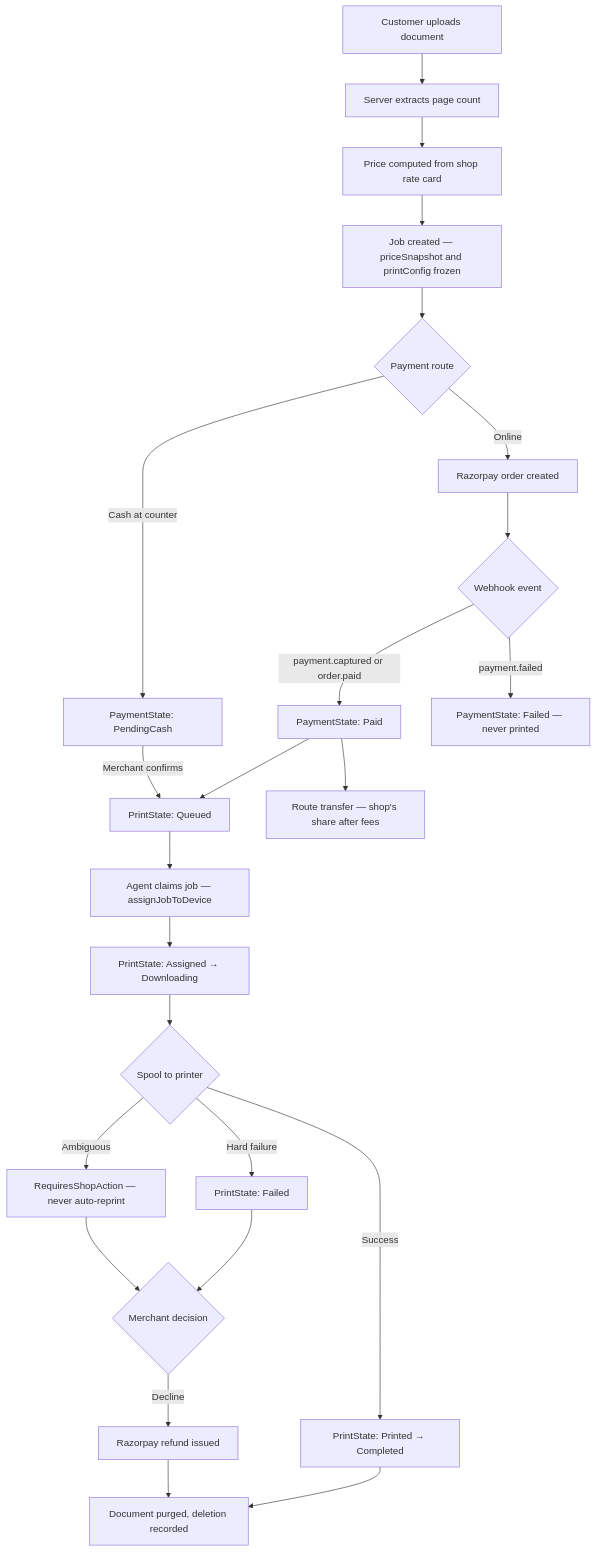
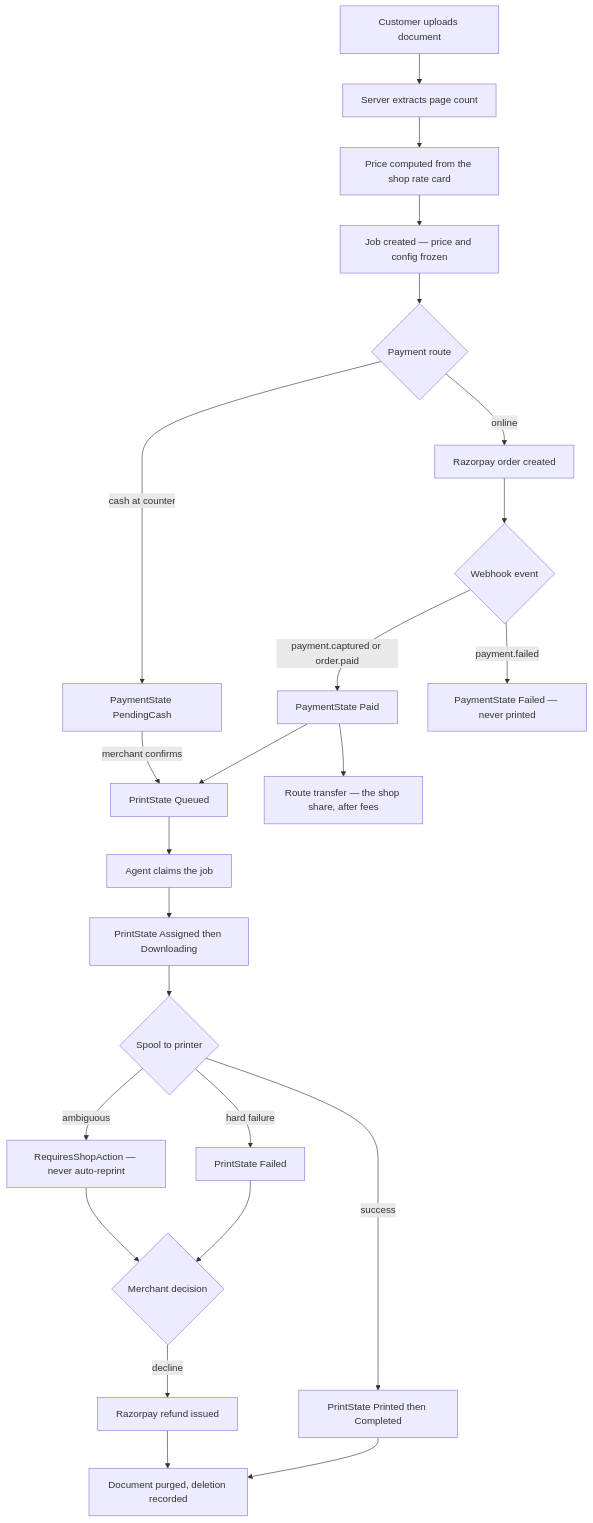
The second of 5 diagrams in README.md (Ayan-css/PrintOK), drawn with Mermaid before and after one commit. The commit also changed other lines of this file, not shown here.

First line of the commit message:
docs(readme): fix the architecture diagrams GitHub refused to render

````diff
--- a/README.md
+++ b/README.md
@@ -135,33 +128,33 @@
 ```mermaid
-graph TD
-    A[Customer uploads document] --> B[Server extracts page count]
-    B --> C[Price computed from shop rate card]
-    C --> D[Job created — priceSnapshot and printConfig frozen]
-    D --> E{Payment route}
+flowchart TD
+    A["Customer uploads document"] --> B["Server extracts page count"]
+    B --> C["Price computed from the shop rate card"]
+    C --> D["Job created — price and config frozen"]
+    D --> E{"Payment route"}
 
-    E -->|Online| F[Razorpay order created]
-    E -->|Cash at counter| G[PaymentState: PendingCash]
+    E -->|"online"| F["Razorpay order created"]
+    E -->|"cash at counter"| G["PaymentState PendingCash"]
 
-    F --> H{Webhook event}
-    H -->|payment.captured or order.paid| I[PaymentState: Paid]
-    H -->|payment.failed| J[PaymentState: Failed — never printed]
+    F --> H{"Webhook event"}
+    H -->|"payment.captured or order.paid"| I["PaymentState Paid"]
+    H -->|"payment.failed"| J["PaymentState Failed — never printed"]
 
-    I --> K[PrintState: Queued]
-    G -->|Merchant confirms| K
+    I --> K["PrintState Queued"]
+    G -->|"merchant confirms"| K
 
-    K --> L[Agent claims job — assignJobToDevice]
-    L --> M[PrintState: Assigned → Downloading]
-    M --> N{Spool to printer}
+    K --> L["Agent claims the job"]
+    L --> M["PrintState Assigned then Downloading"]
+    M --> N{"Spool to printer"}
 
-    N -->|Success| O[PrintState: Printed → Completed]
-    N -->|Hard failure| P[PrintState: Failed]
-    N -->|Ambiguous| Q[RequiresShopAction — never auto-reprint]
+    N -->|"success"| O["PrintState Printed then Completed"]
+    N -->|"hard failure"| P["PrintState Failed"]
+    N -->|"ambiguous"| Q["RequiresShopAction — never auto-reprint"]
 
-    O --> R[Document purged, deletion recorded]
-    P --> S{Merchant decision}
+    O --> R["Document purged, deletion recorded"]
+    P --> S{"Merchant decision"}
     Q --> S
-    S -->|Decline| T[Razorpay refund issued]
+    S -->|"decline"| T["Razorpay refund issued"]
     T --> R
 
-    I --> U[Route transfer — shop's share after fees]
+    I --> U["Route transfer — the shop share, after fees"]
 ```
````
